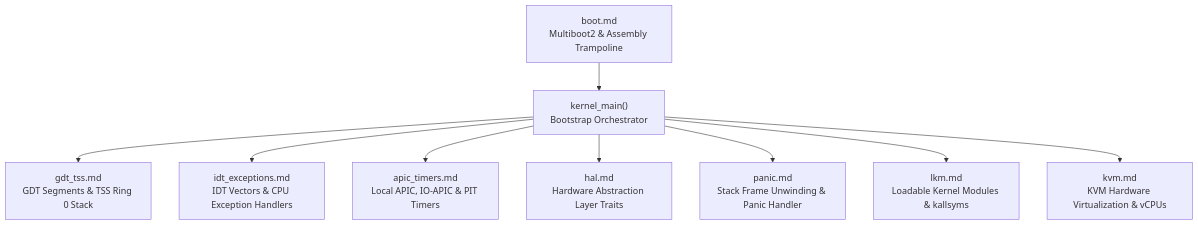
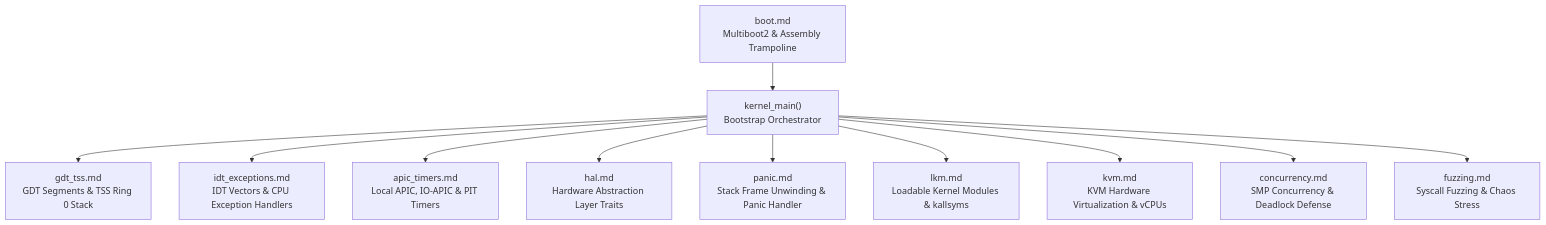
The diagram in docs/kernel/README.md (mrvlous/keira), drawn with Mermaid before and after one commit. The commit also changed other lines of this file and 12 other files, not shown here.

Commit message:
docs: synchronize system documentation, architecture runbooks and style standards

````diff
--- a/docs/kernel/README.md
+++ b/docs/kernel/README.md
@@ -11,11 +11,13 @@
 ```mermaid
 graph TD
     Boot["boot.md<br/>Multiboot2 & Assembly Trampoline"] --> Main["kernel_main()<br/>Bootstrap Orchestrator"]
     Main --> GDT["gdt_tss.md<br/>GDT Segments & TSS Ring 0 Stack"]
     Main --> IDT["idt_exceptions.md<br/>IDT Vectors & CPU Exception Handlers"]
     Main --> APIC["apic_timers.md<br/>Local APIC, IO-APIC & PIT Timers"]
     Main --> HAL["hal.md<br/>Hardware Abstraction Layer Traits"]
     Main --> Panic["panic.md<br/>Stack Frame Unwinding & Panic Handler"]
     Main --> LKM["lkm.md<br/>Loadable Kernel Modules & kallsyms"]
     Main --> KVM["kvm.md<br/>KVM Hardware Virtualization & vCPUs"]
+    Main --> Concurrency["concurrency.md<br/>SMP Concurrency & Deadlock Defense"]
+    Main --> Fuzzing["fuzzing.md<br/>Syscall Fuzzing & Chaos Stress"]
 ```
````
